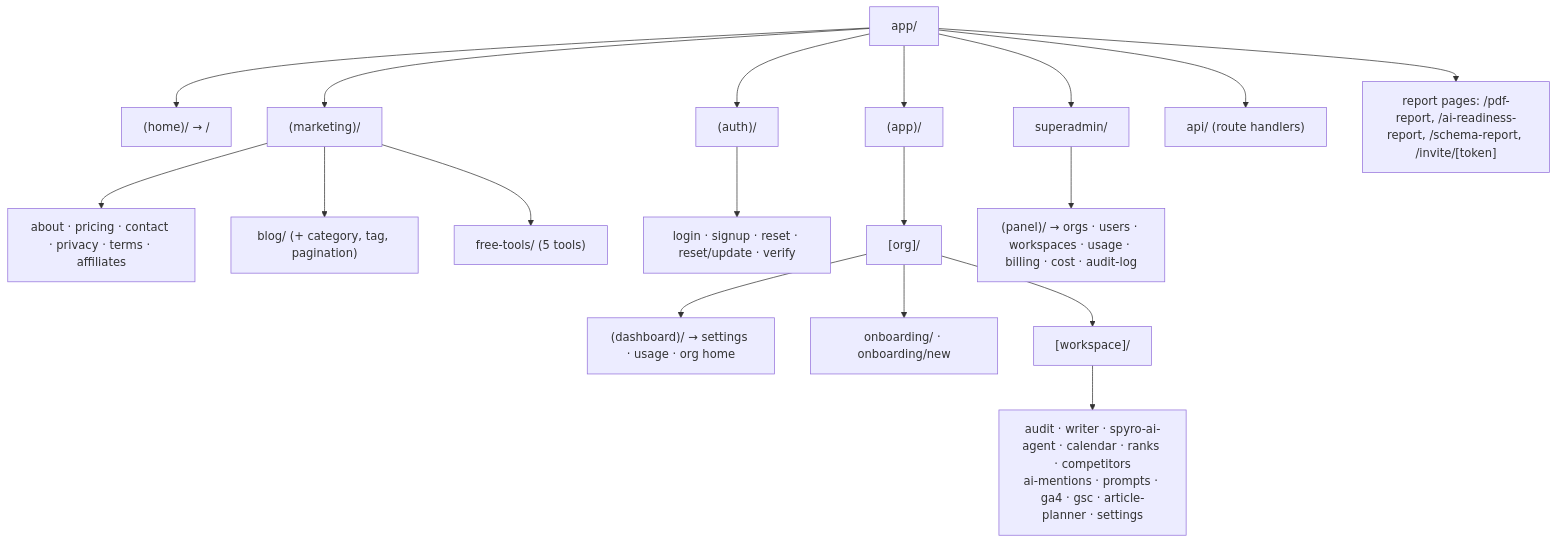
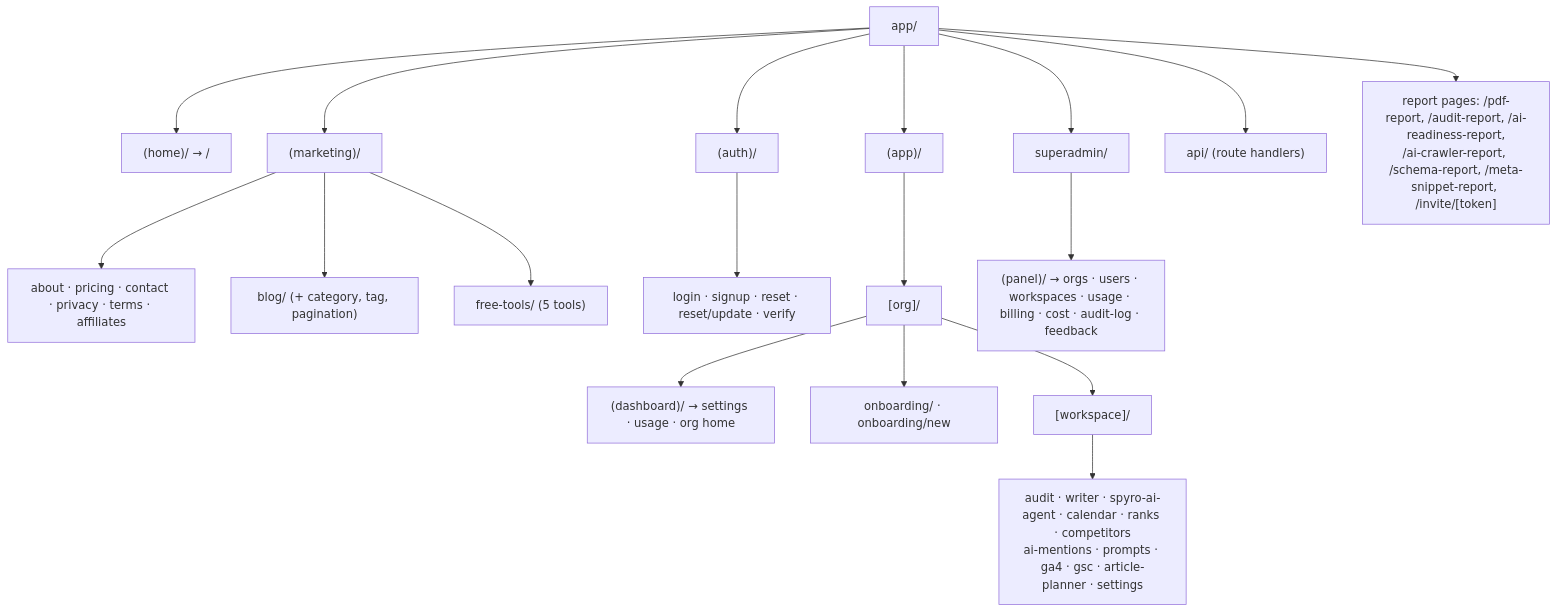
Before and after one commit to biplobghatak/documentation: the diagram in frontend/routing.mdx, drawn with Mermaid. The commit also changed 34 other files, not shown here.

````diff
--- a/frontend/routing.mdx
+++ b/frontend/routing.mdx
@@ -13,25 +13,25 @@
 ```mermaid
 flowchart TD
   app["app/"]
   app --> home["(home)/ → /"]
   app --> mkt["(marketing)/"]
   app --> auth["(auth)/"]
   app --> appg["(app)/"]
   app --> sadmin["superadmin/"]
   app --> api["api/ (route handlers)"]
-  app --> reports["report pages: /pdf-report, /ai-readiness-report, /schema-report, /invite/[token]"]
+  app --> reports["report pages: /pdf-report, /audit-report, /ai-readiness-report,<br/>/ai-crawler-report, /schema-report, /meta-snippet-report, /invite/[token]"]
 
   mkt --> mabout["about · pricing · contact · privacy · terms · affiliates"]
   mkt --> mblog["blog/ (+ category, tag, pagination)"]
   mkt --> mtools["free-tools/ (5 tools)"]
 
   auth --> alogin["login · signup · reset · reset/update · verify"]
 
   appg --> org["[org]/"]
   org --> dash["(dashboard)/ → settings · usage · org home"]
   org --> onb["onboarding/ · onboarding/new"]
   org --> ws["[workspace]/"]
   ws --> wsfeat["audit · writer · spyro-ai-agent · calendar · ranks · competitors<br/>ai-mentions · prompts · ga4 · gsc · article-planner · settings"]
 
-  sadmin --> spanel["(panel)/ → orgs · users · workspaces · usage · billing · cost · audit-log"]
+  sadmin --> spanel["(panel)/ → orgs · users · workspaces · usage · billing · cost · audit-log · feedback"]
 ```
````
